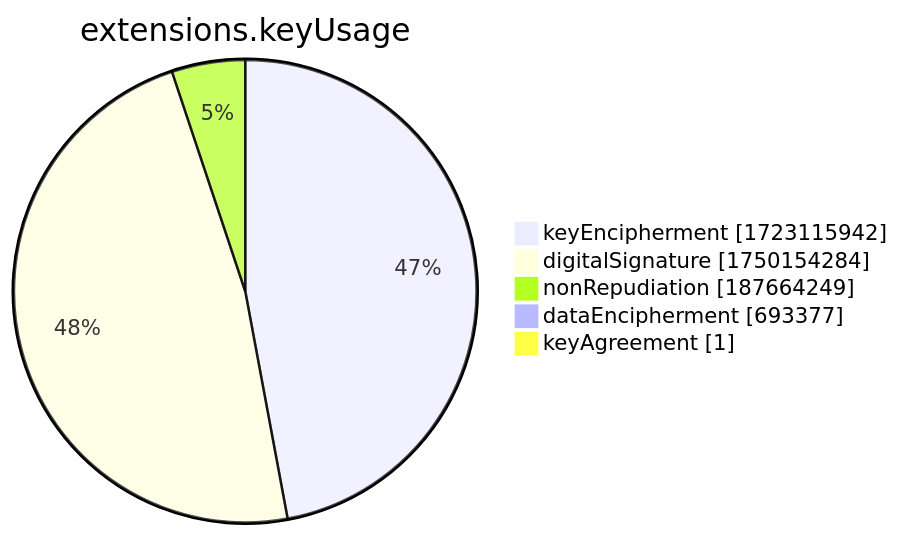
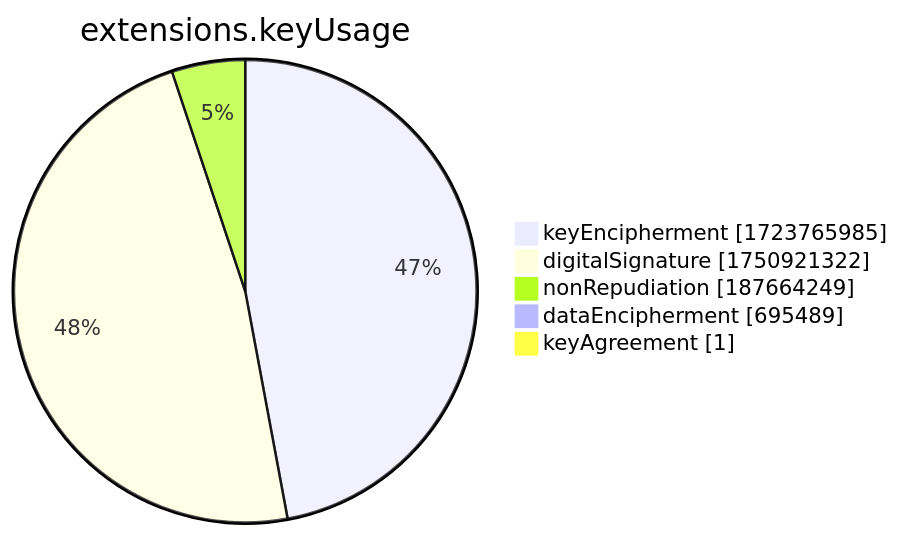
Before and after one commit to christiankrug/ctmonitor_visualization: the seventh of 15 diagrams in xenon2022/README.md, drawn with Mermaid. The commit also changed other lines of this file, not shown here.

````diff
--- a/xenon2022/README.md
+++ b/xenon2022/README.md
@@ -2859,9 +2859,9 @@
 ```mermaid
 pie showData
 title extensions.keyUsage
-"keyEncipherment" :1723115942
-"digitalSignature" :1750154284
+"keyEncipherment" :1723765985
+"digitalSignature" :1750921322
 "nonRepudiation" :187664249
-"dataEncipherment" :693377
+"dataEncipherment" :695489
 "keyAgreement" :1
 ```
````
